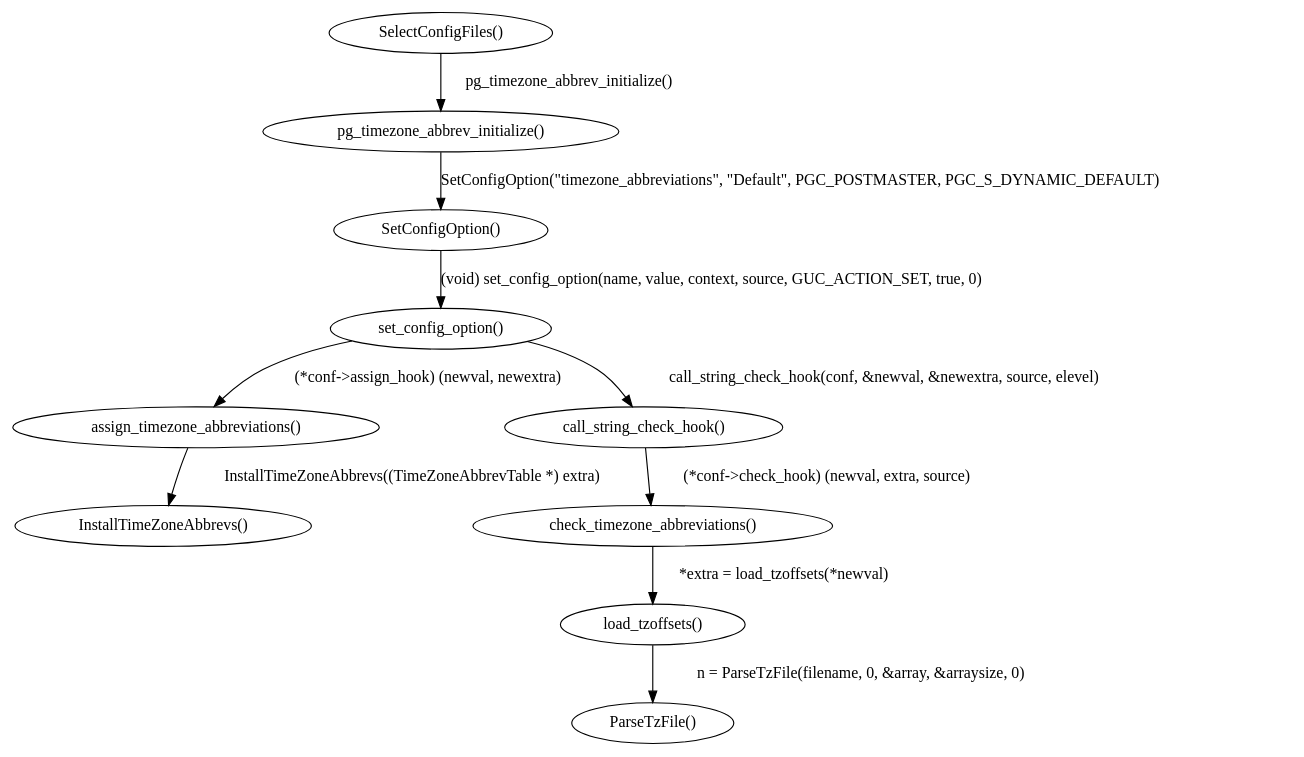
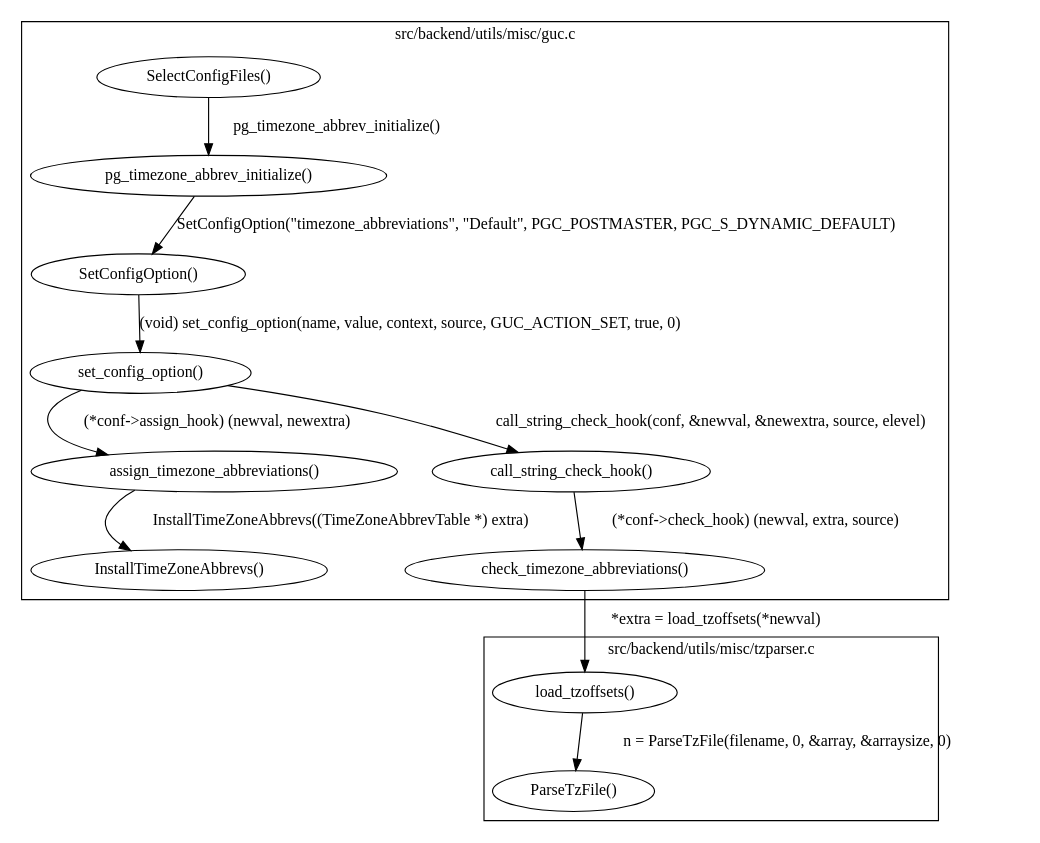
The diagram in doc/guc-tz/guc-tz.gv (sbertrang/datizo), drawn with Graphviz before and after one commit.

Commit message:
group nodes in clusters per source file

```diff
--- a/doc/guc-tz/guc-tz.gv
+++ b/doc/guc-tz/guc-tz.gv
@@ -1,26 +1,38 @@
 digraph g {
-	ParseTzFile [ label = "\N()" ];
-	load_tzoffsets [ label = "\N()" ] ;
-	check_timezone_abbreviations [ label = "\N()" ];
-	assign_timezone_abbreviations [ label = "\N()" ];
-	InstallTimeZoneAbbrevs [ label = "\N()" ];
-	pg_timezone_abbrev_initialize [ label = "\N()" ];
-	set_config_option [ label = "\N()" ];
-	SetConfigOption [ label = "\N()" ];
-	call_string_check_hook[ label = "\N()" ];
-	SelectConfigFiles[ label = "\N()" ];
+
+
+	subgraph cluster_tzparser {
+		label = "src/backend/utils/misc/tzparser.c";
+
+		ParseTzFile [ label = "\N()" ];
+		load_tzoffsets [ label = "\N()" ] ;
+	}
+
+	subgraph cluster_guc {
+		label = "src/backend/utils/misc/guc.c";
+
+		check_timezone_abbreviations [ label = "\N()" ];
+		assign_timezone_abbreviations [ label = "\N()" ];
+		InstallTimeZoneAbbrevs [ label = "\N()" ];
+		pg_timezone_abbrev_initialize [ label = "\N()" ];
+		SetConfigOption [ label = "\N()" ];
+		set_config_option [ label = "\N()" ];
+		call_string_check_hook[ label = "\N()" ];
+		SelectConfigFiles[ label = "\N()" ];
+	}
+
 
 
 	load_tzoffsets -> ParseTzFile [ label = "n = ParseTzFile(filename, 0, &array, &arraysize, 0)" ];
 	check_timezone_abbreviations -> load_tzoffsets [ label = "*extra = load_tzoffsets(*newval)" ];
 	assign_timezone_abbreviations -> InstallTimeZoneAbbrevs [ label = "InstallTimeZoneAbbrevs((TimeZoneAbbrevTable *) extra)" ];
 
 	// pg_timezone_abbrev_initialize -> assign_timezone_abbreviations;
 	pg_timezone_abbrev_initialize -> SetConfigOption [ label = <SetConfigOption("timezone_abbreviations", "Default", PGC_POSTMASTER, PGC_S_DYNAMIC_DEFAULT)> ];
 	SetConfigOption -> set_config_option [ label = <(void) set_config_option(name, value, context, source, GUC_ACTION_SET, true, 0)> ];
 	set_config_option -> call_string_check_hook [ label = "call_string_check_hook(conf, &newval, &newextra, source, elevel)" ];
 	call_string_check_hook -> check_timezone_abbreviations [ label = "(*conf->check_hook) (newval, extra, source)" ];
 	set_config_option -> assign_timezone_abbreviations [ label = "(*conf->assign_hook) (newval, newextra)" ];
 
 	SelectConfigFiles -> pg_timezone_abbrev_initialize [ label = "pg_timezone_abbrev_initialize()" ];
 }
```
